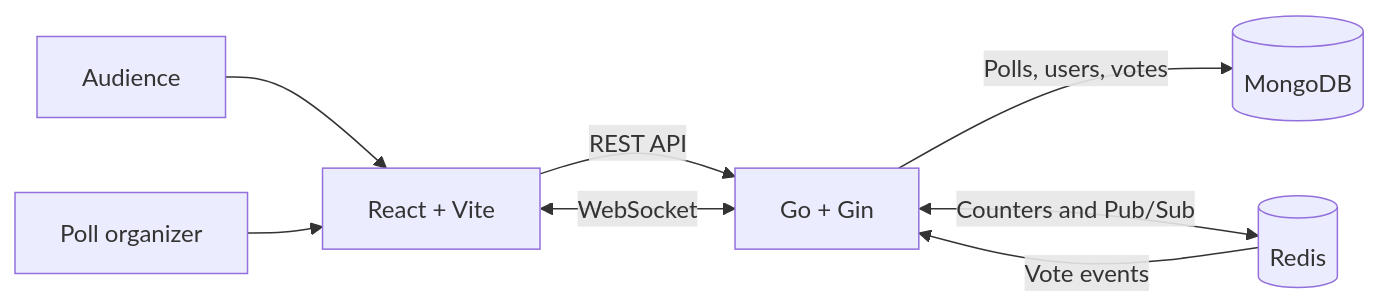
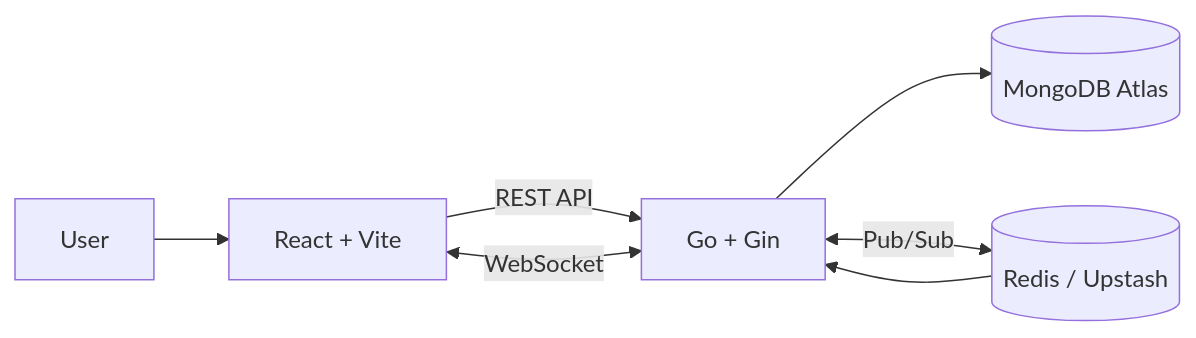
One commit to tfregixx/Pulse-Poll changed the diagram in README.md. Above: the diagram before and after it, drawn with Mermaid. The commit also changed other lines of this file, not shown here.

````diff
--- a/README.md
+++ b/README.md
@@ -40,10 +118,9 @@
 ```mermaid
 flowchart LR
-	Voter[Audience] --> UI[React + Vite]
-	Organizer[Poll organizer] --> UI
-	UI -->|REST API| API[Go + Gin]
-	UI <-->|WebSocket| API
-	API -->|Polls, users, votes| DB[(MongoDB)]
-	API <-->|Counters and Pub/Sub| Redis[(Redis)]
-	Redis -->|Vote events| API
+    User[User] --> Frontend[React + Vite]
+    Frontend -->|REST API| Backend[Go + Gin]
+    Frontend <-->|WebSocket| Backend
+    Backend --> MongoDB[(MongoDB Atlas)]
+    Backend <-->|Pub/Sub| Redis[(Redis / Upstash)]
+    Redis --> Backend
 ```
````
